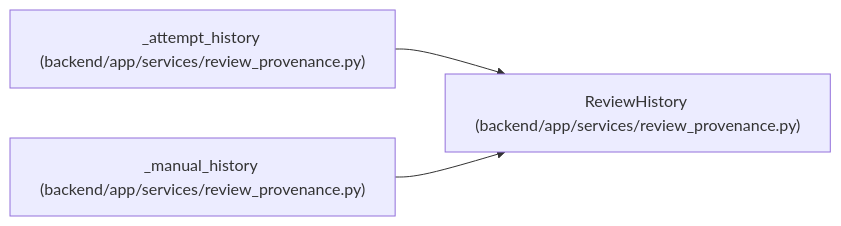
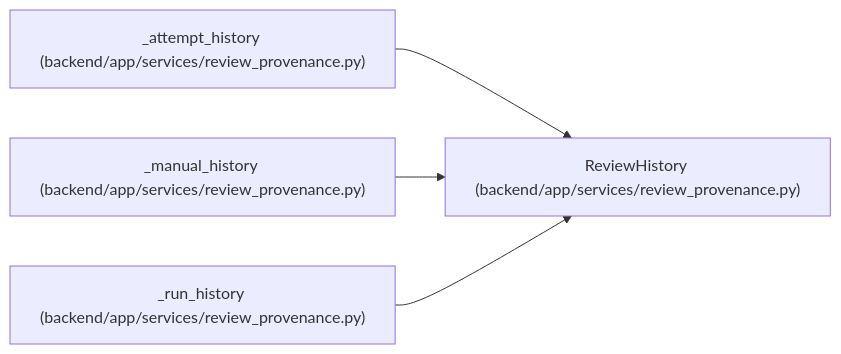
One commit to Denissvgn/WorkChord changed the diagram in docs/llm_wiki/entities/ReviewHistory.md. Above: the diagram before and after it, drawn with Mermaid. The commit also changed other lines of this file and 880 other files, not shown here.

Commit message:
Sync the architectural wiki for manual execution provenance

````diff
--- a/docs/llm_wiki/entities/ReviewHistory.md
+++ b/docs/llm_wiki/entities/ReviewHistory.md
@@ -34,11 +34,14 @@
 ```mermaid
 flowchart LR
     n0["ReviewHistory (backend/app/services/review_provenance.py)"]
     n1["_attempt_history (backend/app/services/review_provenance.py)"]
     n2["_manual_history (backend/app/services/review_provenance.py)"]
+    n3["_run_history (backend/app/services/review_provenance.py)"]
     n1 --> n0
     n2 --> n0
+    n3 --> n0
     click n0 "../modules/review_provenance.md"
     click n1 "../modules/review_provenance.md"
     click n2 "../modules/review_provenance.md"
+    click n3 "../modules/review_provenance.md"
 ```
````
